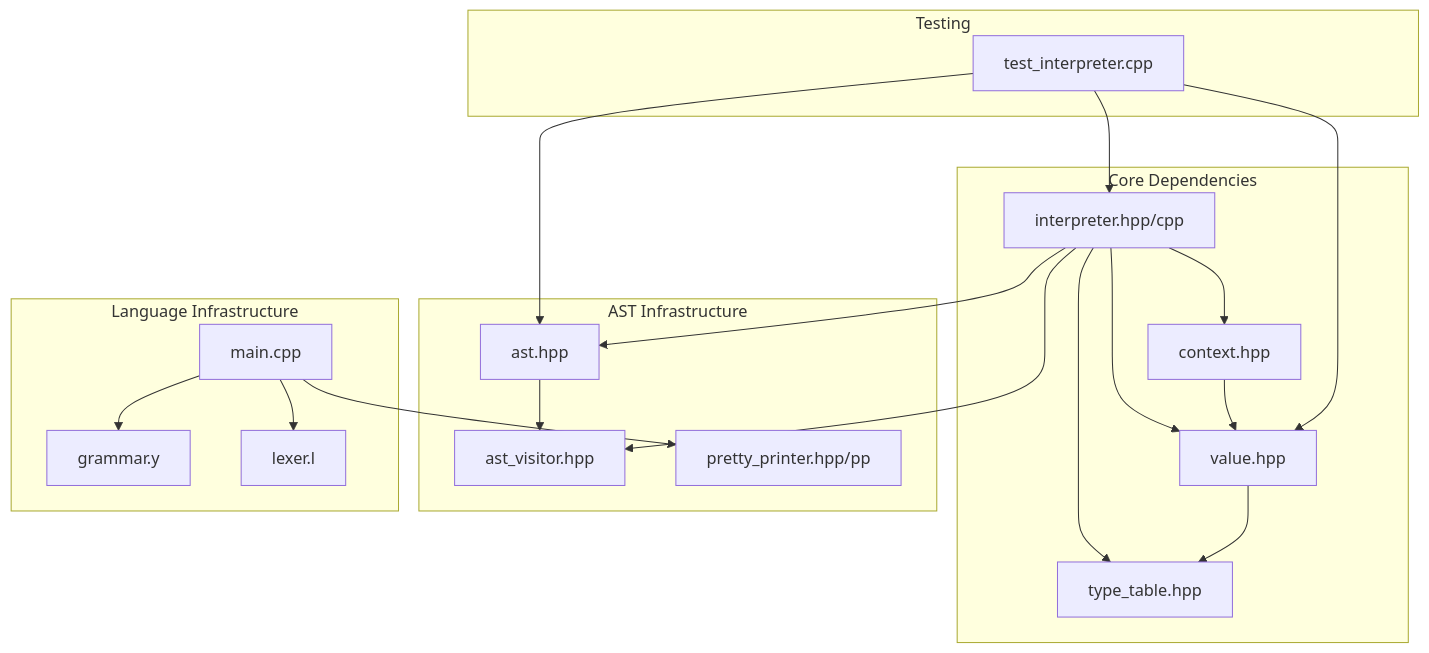
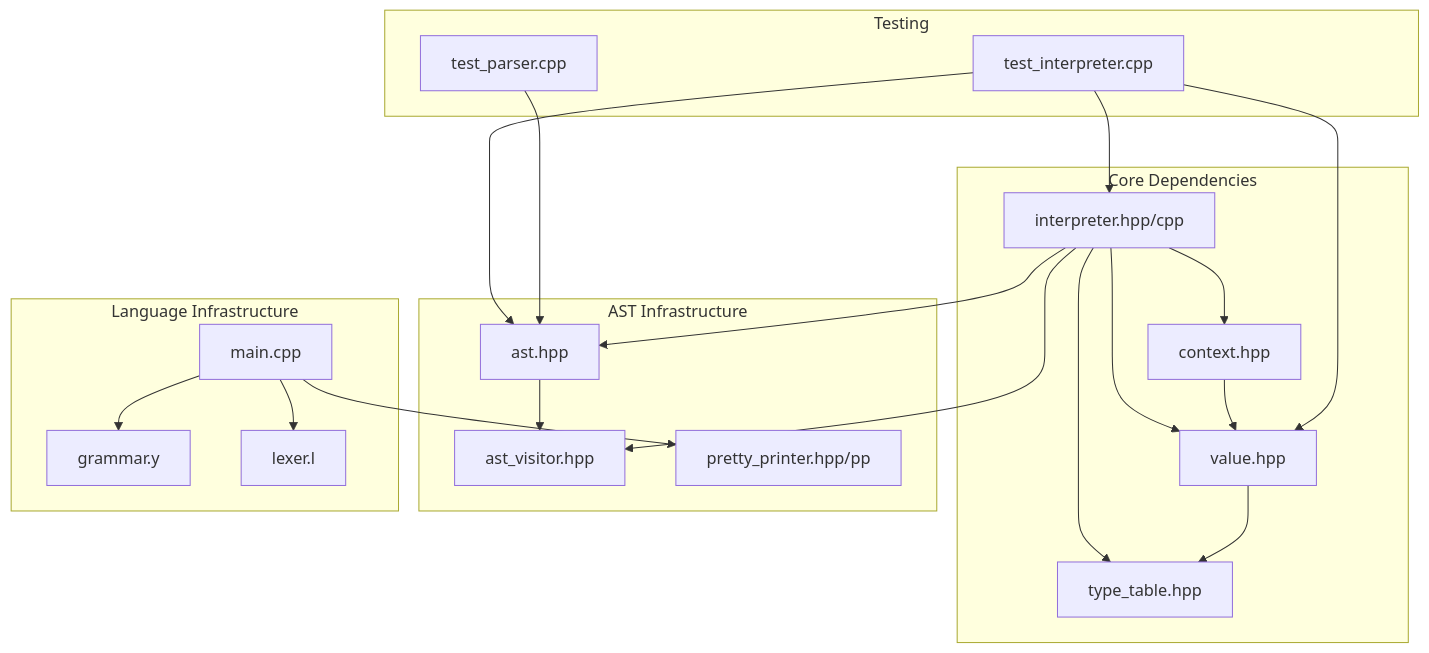
The ninth of 9 diagrams in .qoder/repowiki/en/content/Runtime System/Interpreter Implementation.md (littlebirds/modern_bision), drawn with Mermaid before and after one commit. The commit also changed other lines of this file and 6 other files, not shown here.

````diff
--- a/.qoder/repowiki/en/content/Runtime System/Interpreter Implementation.md
+++ b/.qoder/repowiki/en/content/Runtime System/Interpreter Implementation.md
@@ -507,36 +575,38 @@
 ```mermaid
 graph TB
 subgraph "Core Dependencies"
 A[interpreter.hpp/cpp]
 B[value.hpp]
 C[context.hpp]
 D[type_table.hpp]
 end
 subgraph "AST Infrastructure"
 E[ast.hpp]
 F[ast_visitor.hpp]
 G[pretty_printer.hpp/pp]
 end
 subgraph "Language Infrastructure"
 H[grammar.y]
 I[lexer.l]
 J[main.cpp]
 end
 subgraph "Testing"
 K[test_interpreter.cpp]
+L[test_parser.cpp]
 end
 A --> B
 A --> C
 A --> D
 A --> E
 A --> F
 B --> D
 C --> B
 E --> F
 J --> H
 J --> I
 J --> G
 K --> A
 K --> E
 K --> B
+L --> E
 ```
````
